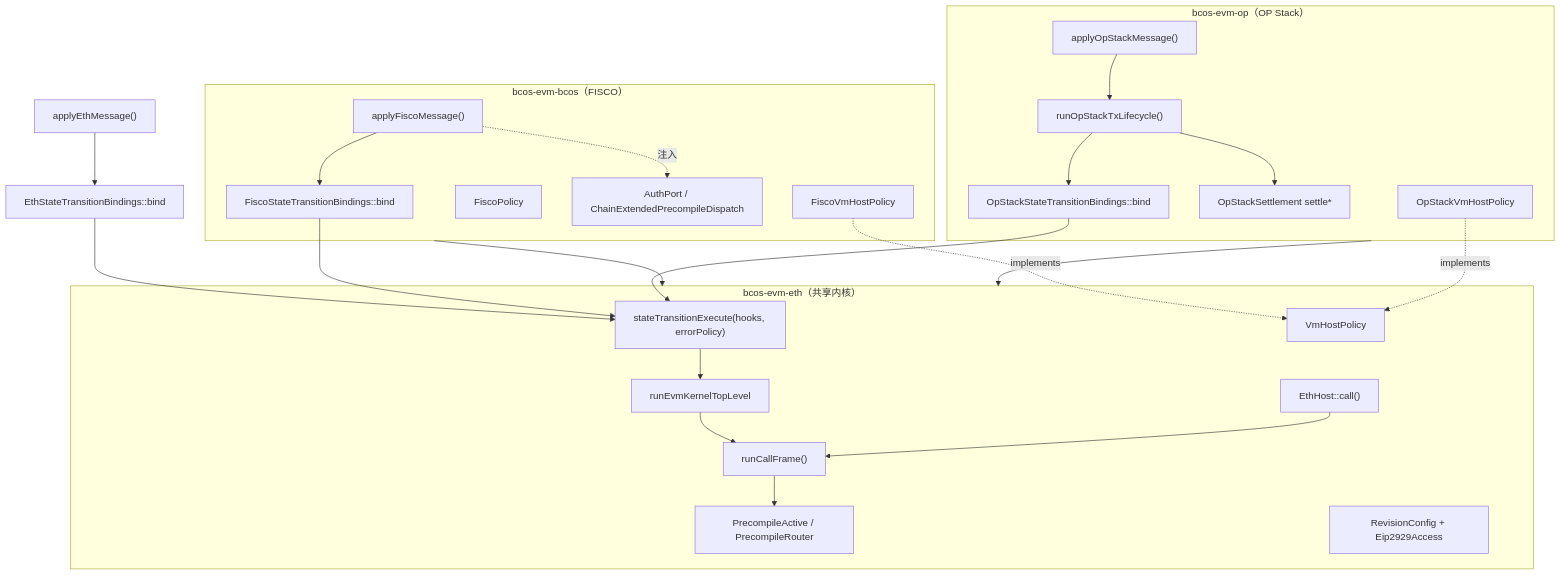
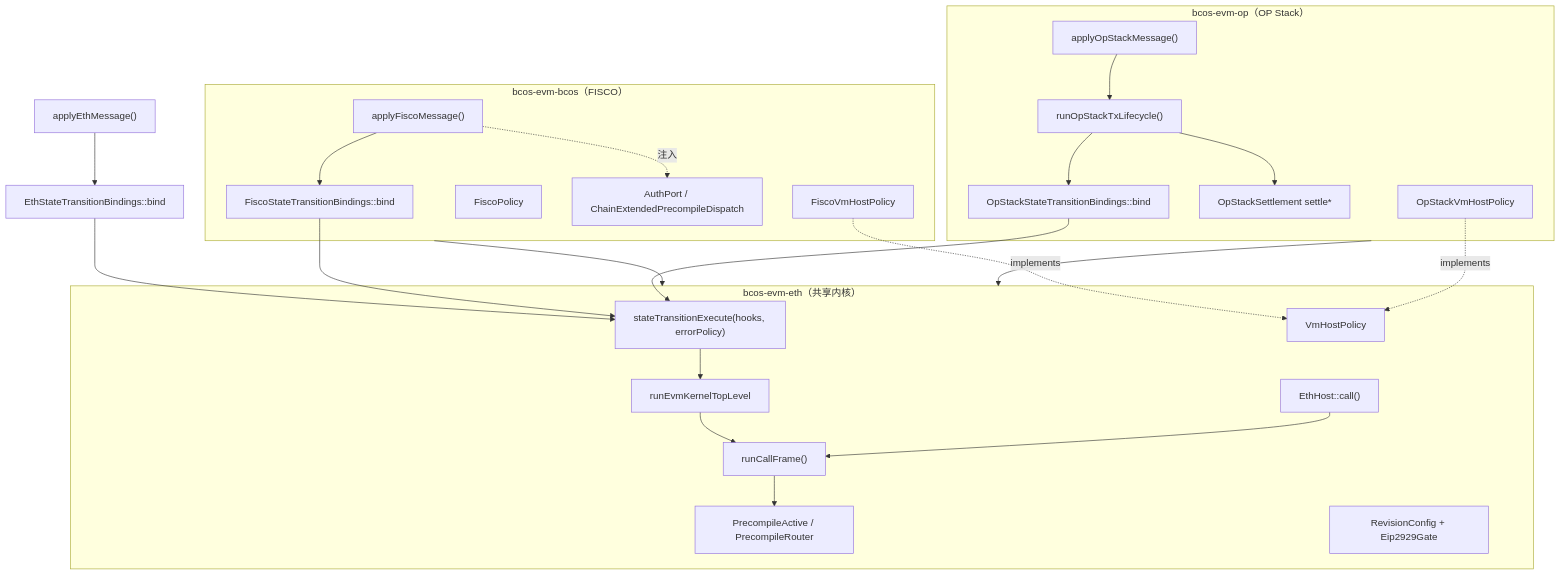
One commit to ywy2090/FISCO-BCOS changed the diagram in bcos-evm/docs/architecture-overview.md. Above: the diagram before and after it, drawn with Mermaid. The commit also changed other lines of this file and 52 other files, not shown here.

First line of the commit message:
refactor(evm): reorganize gas modules and EIP-2929 gate naming

````diff
--- a/bcos-evm/docs/architecture-overview.md
+++ b/bcos-evm/docs/architecture-overview.md
@@ -36,41 +36,41 @@
 ```mermaid
 graph TD
     subgraph kernel["bcos-evm-eth（共享内核）"]
         RO["stateTransitionExecute(hooks, errorPolicy)"]
         TEA["runEvmKernelTopLevel"]
         EF["runCallFrame()"]
         PA["PrecompileActive / PrecompileRouter"]
         EH["EthHost::call()"]
         VHP["VmHostPolicy"]
-        RC["RevisionConfig + Eip2929Access"]
+        RC["RevisionConfig + Eip2929Gate"]
     end
     subgraph bcos["bcos-evm-bcos（FISCO）"]
         FEB["applyFiscoMessage()"]
         FOP["FiscoStateTransitionBindings::bind"]
         FVP["FiscoVmHostPolicy"]
         FP["FiscoPolicy"]
         PORTS["AuthPort / ChainExtendedPrecompileDispatch"]
     end
     subgraph op["bcos-evm-op（OP Stack）"]
         OEB["applyOpStackMessage()"]
         OTL["runOpStackTxLifecycle()"]
         OOP["OpStackStateTransitionBindings::bind"]
         OSET["OpStackSettlement settle*"]
         OVP["OpStackVmHostPolicy"]
     end
     ETH["applyEthMessage()"] --> EOP["EthStateTransitionBindings::bind"]
     EOP --> RO
     FEB --> FOP --> RO
     OEB --> OTL
     OTL --> OOP --> RO
     OTL --> OSET
     RO --> TEA
     TEA --> EF
     EF --> PA
     EH --> EF
     FVP -.implements.-> VHP
     OVP -.implements.-> VHP
     FEB -. 注入 .-> PORTS
     bcos --> kernel
     op --> kernel
 ```
````
